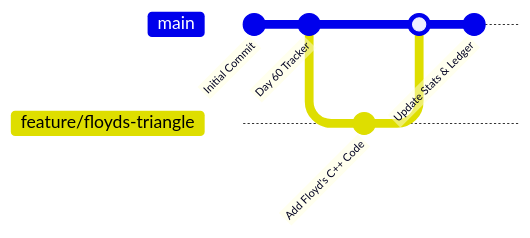
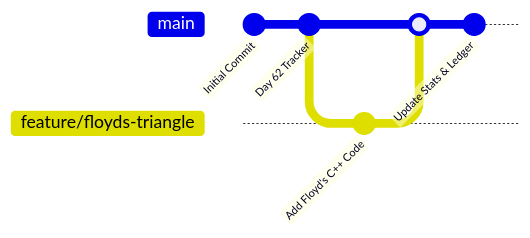
The diagram in GIT_README.md (PrasannaTheBest/60-Days-Hell-Period), drawn with Mermaid before and after one commit. The commit also changed other lines of this file, not shown here.

Commit message:
Update challenge day references in GIT_README.md

````diff
--- a/GIT_README.md
+++ b/GIT_README.md
@@ -29,11 +29,11 @@
 ```mermaid
 gitGraph
     commit id: "Initial Commit"
-    commit id: "Day 60 Tracker"
+    commit id: "Day 62 Tracker"
     branch feature/floyds-triangle
     checkout feature/floyds-triangle
     commit id: "Add Floyd's C++ Code"
     checkout main
     merge feature/floyds-triangle
     commit id: "Update Stats & Ledger"
 ```
````
